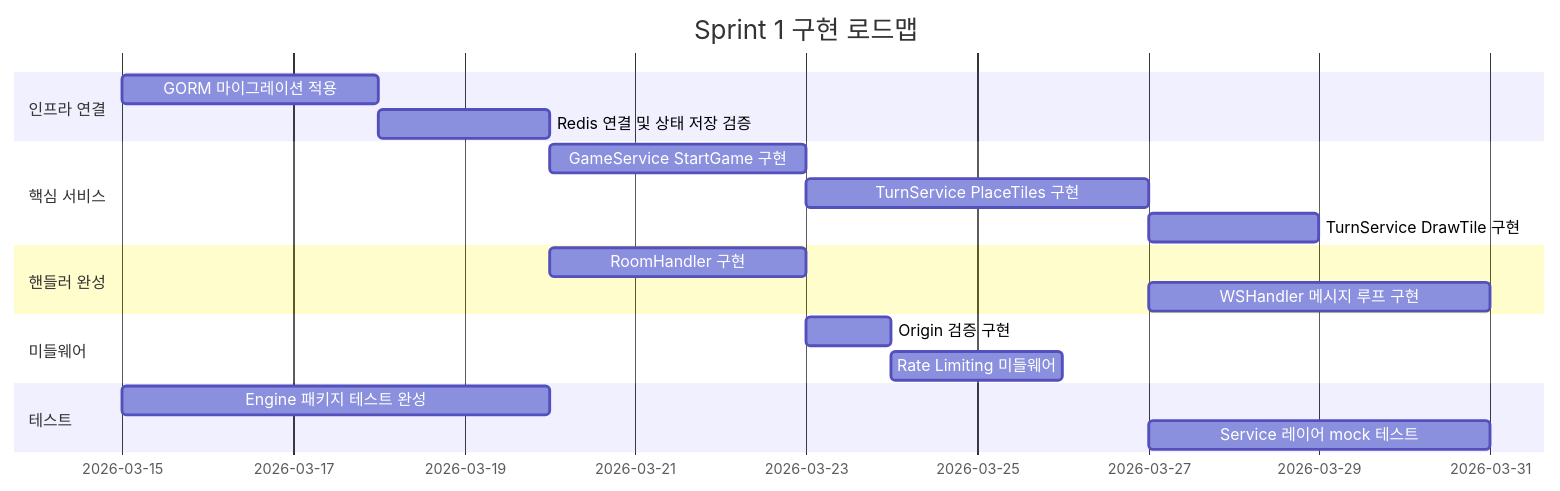
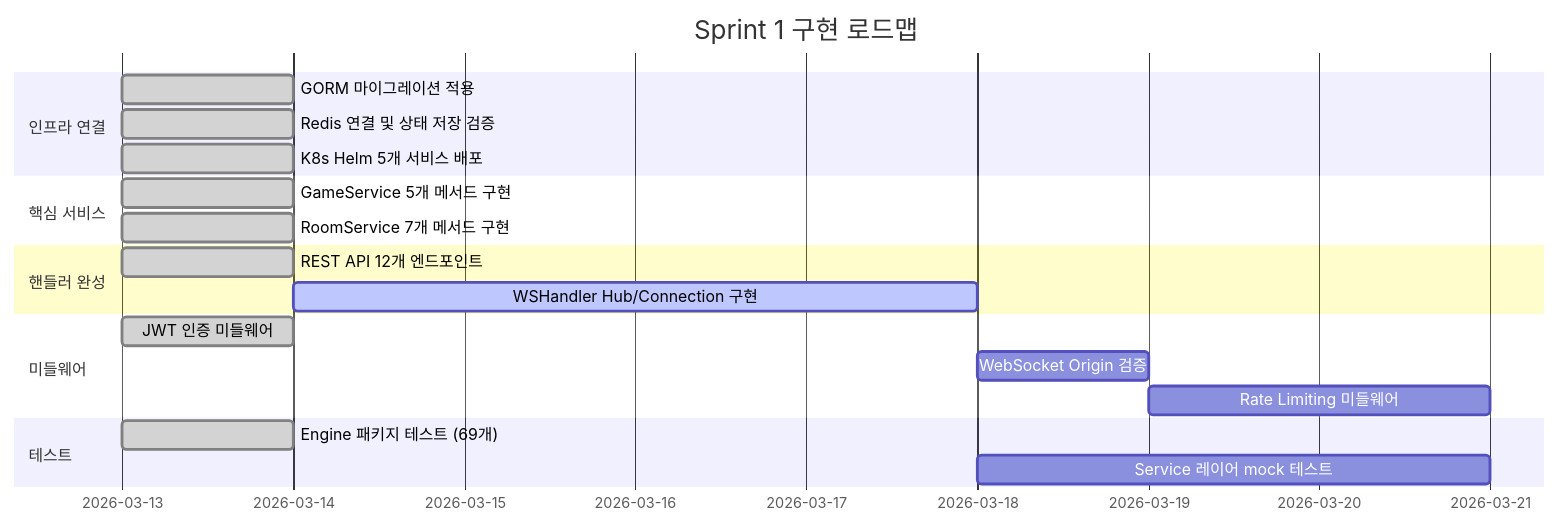
The eighth of 8 diagrams in docs/03-development/03-game-server-scaffolding.md (k82022603/RummiArena), drawn with Mermaid before and after one commit. The commit also changed other lines of this file and 29 other files, not shown here.

````diff
--- a/docs/03-development/03-game-server-scaffolding.md
+++ b/docs/03-development/03-game-server-scaffolding.md
@@ -746,21 +802,22 @@
 ```mermaid
 gantt
     title Sprint 1 구현 로드맵
     dateFormat  YYYY-MM-DD
     section 인프라 연결
-    GORM 마이그레이션 적용          :s1-1, 2026-03-15, 3d
-    Redis 연결 및 상태 저장 검증    :s1-2, after s1-1, 2d
+    GORM 마이그레이션 적용          :done, s1-1, 2026-03-13, 1d
+    Redis 연결 및 상태 저장 검증    :done, s1-2, 2026-03-13, 1d
+    K8s Helm 5개 서비스 배포        :done, s1-k, 2026-03-13, 1d
     section 핵심 서비스
-    GameService StartGame 구현     :s1-3, after s1-2, 3d
-    TurnService PlaceTiles 구현    :s1-4, after s1-3, 4d
-    TurnService DrawTile 구현      :s1-5, after s1-4, 2d
+    GameService 5개 메서드 구현     :done, s1-3, 2026-03-13, 1d
+    RoomService 7개 메서드 구현     :done, s1-6, 2026-03-13, 1d
     section 핸들러 완성
-    RoomHandler 구현               :s1-6, after s1-2, 3d
-    WSHandler 메시지 루프 구현     :s1-7, after s1-4, 4d
+    REST API 12개 엔드포인트        :done, s1-h, 2026-03-13, 1d
+    WSHandler Hub/Connection 구현  :active, s1-7, 2026-03-14, 4d
     section 미들웨어
-    Origin 검증 구현               :s1-8, after s1-6, 1d
-    Rate Limiting 미들웨어         :s1-9, after s1-8, 2d
+    JWT 인증 미들웨어               :done, s1-8, 2026-03-13, 1d
+    WebSocket Origin 검증          :s1-9, after s1-7, 1d
+    Rate Limiting 미들웨어         :s1-10, after s1-9, 2d
     section 테스트
-    Engine 패키지 테스트 완성      :s1-10, 2026-03-15, 5d
-    Service 레이어 mock 테스트     :s1-11, after s1-4, 4d
+    Engine 패키지 테스트 (69개)    :done, s1-t, 2026-03-13, 1d
+    Service 레이어 mock 테스트     :s1-11, after s1-7, 3d
 ```
````
